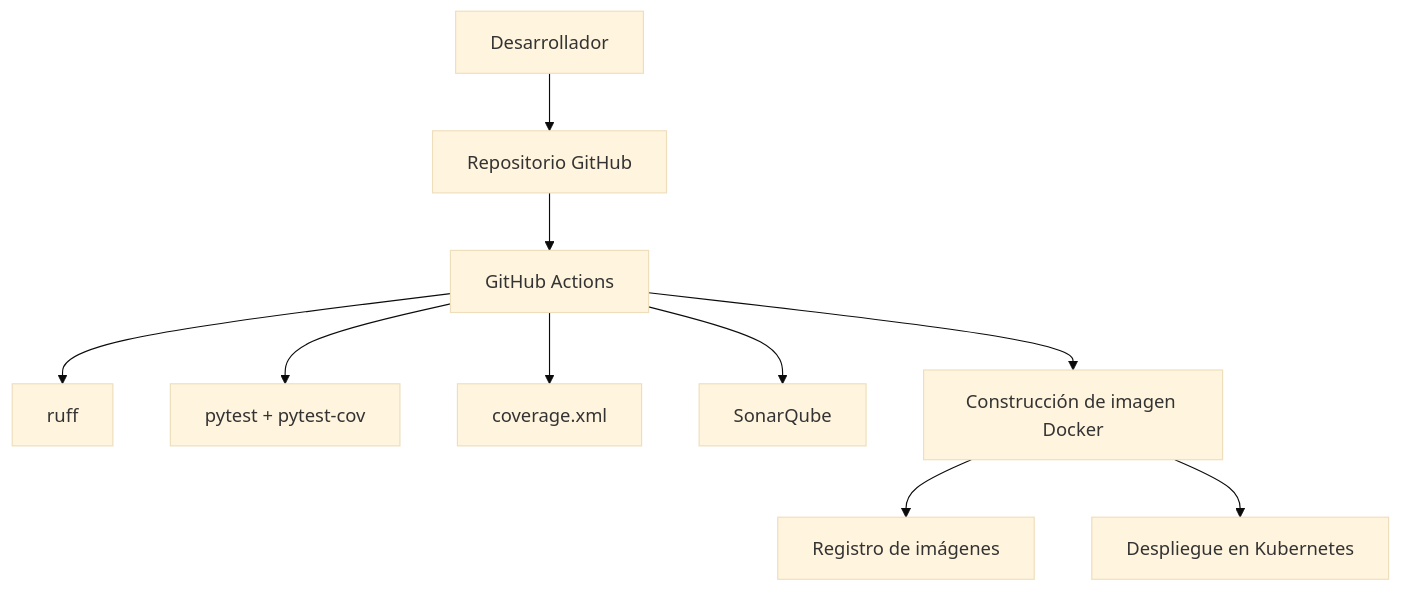
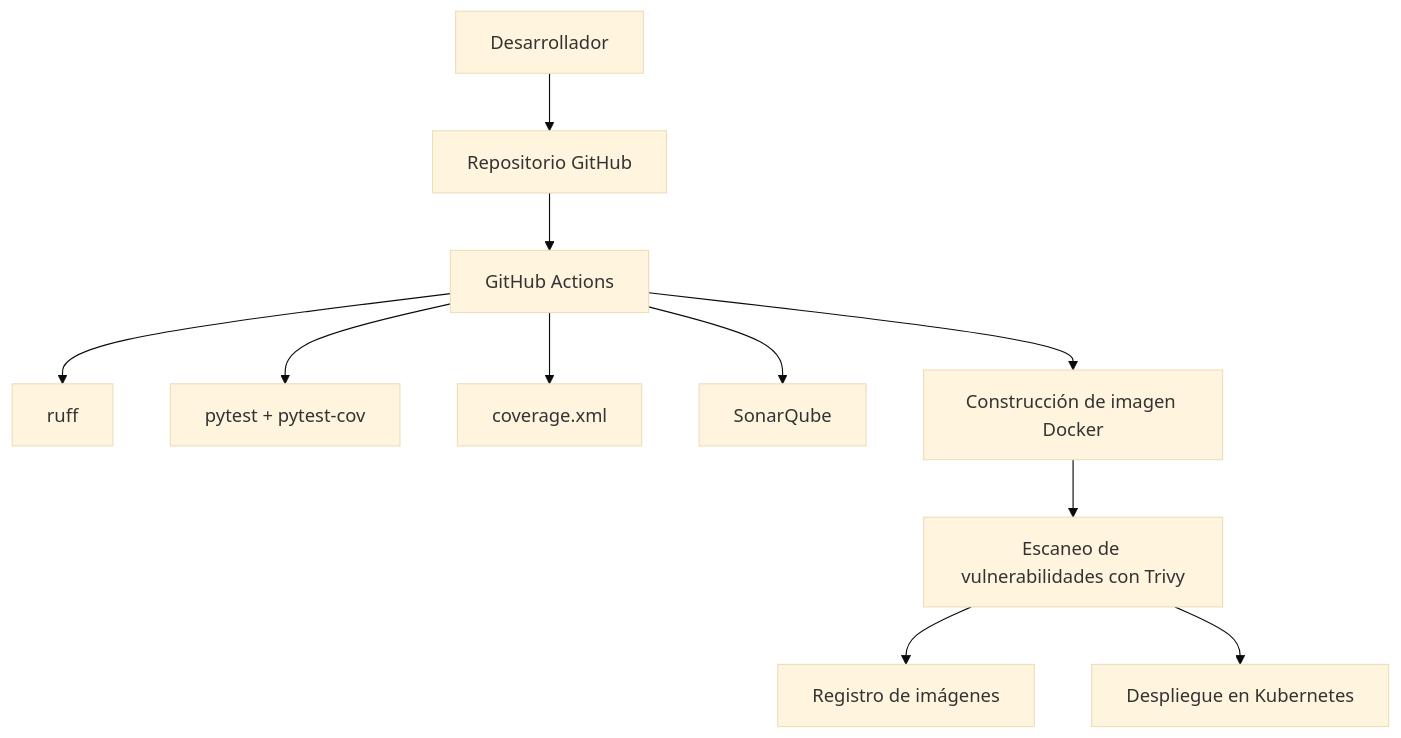
Before and after one commit to diego12-ui/demo-devops-python: the first of 2 diagrams in ARCHITECTURE.md, drawn with Mermaid (base theme). The commit also changed other lines of this file and 2 other files, not shown here.

Commit message:
fixed: trivy added

````diff
--- a/ARCHITECTURE.md
+++ b/ARCHITECTURE.md
@@ -31,12 +31,13 @@
 ```mermaid
 flowchart TD
   Dev[Desarrollador] --> Repo[Repositorio GitHub]
   Repo --> CI[GitHub Actions]
   CI --> Lint[ruff]
   CI --> Tests[pytest + pytest-cov]
   CI --> Cover[coverage.xml]
   CI --> Sonar[SonarQube]
   CI --> Build[Construcción de imagen Docker]
-  Build --> Registry[Registro de imágenes]
-  Build --> K8s[Despliegue en Kubernetes]
+  Build --> Trivy[Escaneo de vulnerabilidades con Trivy]
+  Trivy --> Registry[Registro de imágenes]
+  Trivy --> K8s[Despliegue en Kubernetes]
 ```
````
